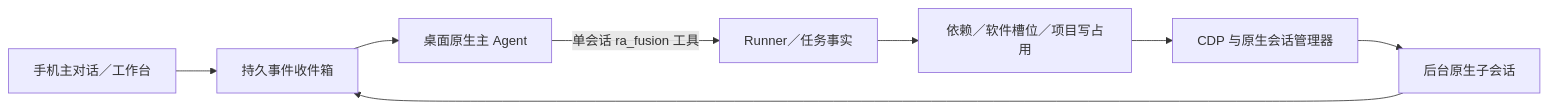
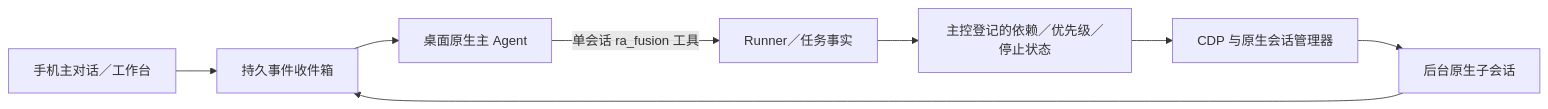
One commit to xrdiao/remote-agent changed the diagram in docs/fusion-super-agent-20261105.md. Above: the diagram before and after it, drawn with Mermaid. The commit also changed other lines of this file and 10 other files, not shown here.

````diff
--- a/docs/fusion-super-agent-20261105.md
+++ b/docs/fusion-super-agent-20261105.md
@@ -19,10 +19,10 @@
 ```mermaid
 flowchart LR
   Phone[手机主对话／工作台] --> Inbox[持久事件收件箱]
   Inbox --> Main[桌面原生主 Agent]
   Main -->|单会话 ra_fusion 工具| Runner[Runner／任务事实]
-  Runner --> Scheduler[依赖／软件槽位／项目写占用]
+  Runner --> Scheduler[主控登记的依赖／优先级／停止状态]
   Scheduler --> Native[CDP 与原生会话管理器]
   Native --> Worker[后台原生子会话]
   Worker --> Inbox
 ```
````
